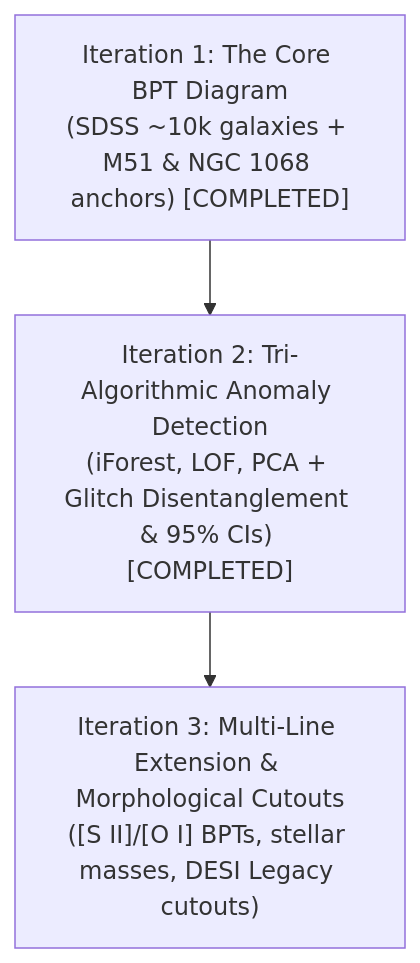
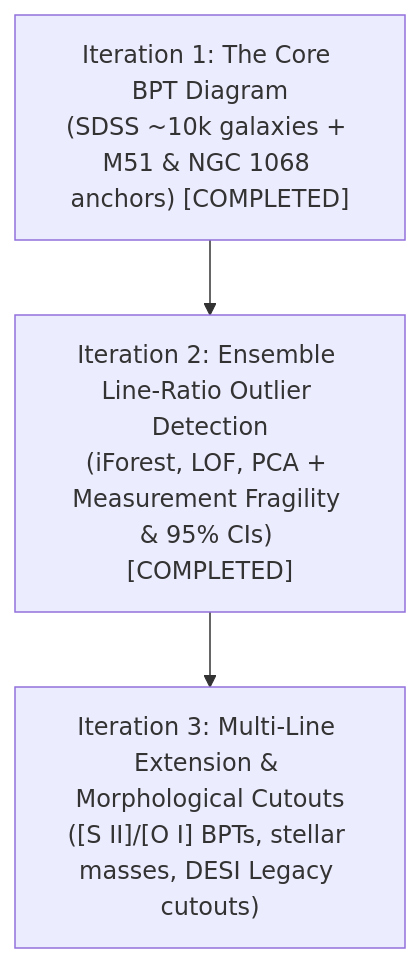
The diagram in PLAN.md (adityavsb/bpt-diagram-sdss), drawn with Mermaid before and after one commit. The commit also changed other lines of this file and 1 other file, not shown here.

````diff
--- a/PLAN.md
+++ b/PLAN.md
@@ -41,5 +41,5 @@
 ```mermaid
 flowchart TD
-    I1["Iteration 1: The Core BPT Diagram<br/>(SDSS ~10k galaxies + M51 & NGC 1068 anchors) [COMPLETED]"] --> I2["Iteration 2: Tri-Algorithmic Anomaly Detection<br/>(iForest, LOF, PCA + Glitch Disentanglement & 95% CIs) [COMPLETED]"]
+    I1["Iteration 1: The Core BPT Diagram<br/>(SDSS ~10k galaxies + M51 & NGC 1068 anchors) [COMPLETED]"] --> I2["Iteration 2: Ensemble Line-Ratio Outlier Detection<br/>(iForest, LOF, PCA + Measurement Fragility & 95% CIs) [COMPLETED]"]
     I2 --> I3["Iteration 3: Multi-Line Extension & Morphological Cutouts<br/>([S II]/[O I] BPTs, stellar masses, DESI Legacy cutouts)"]
 ```
````
